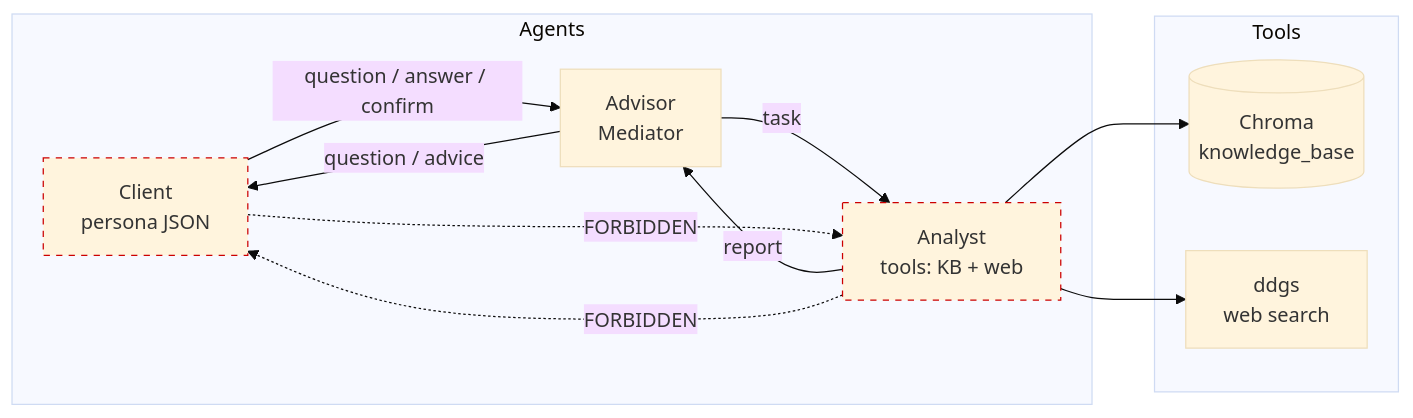
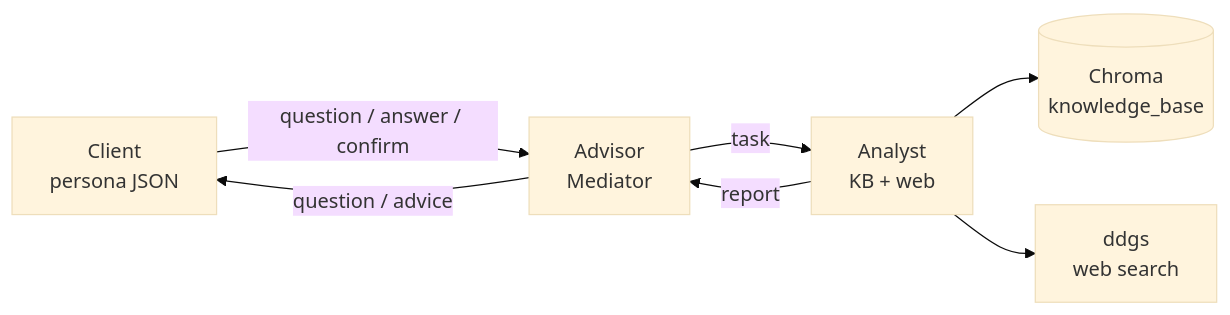
Before and after one commit to ljding94/jpm-advisor-agent: the first of 2 diagrams in README.md, drawn with Mermaid (base theme). The commit also changed other lines of this file, not shown here.

First line of the commit message:
Clean up README mermaid diagrams

````diff
--- a/README.md
+++ b/README.md
@@ -12,24 +12,15 @@
 ```mermaid
 flowchart LR
-    subgraph Agents
-        C[Client<br/>persona JSON]
-        AD[Advisor<br/>Mediator]
-        AN[Analyst<br/>tools: KB + web]
-    end
-
-    subgraph Tools
-        KB[(Chroma<br/>knowledge_base)]
-        W[ddgs<br/>web search]
-    end
+    C[Client<br/>persona JSON]
+    AD[Advisor<br/>Mediator]
+    AN[Analyst<br/>KB + web]
+    KB[(Chroma<br/>knowledge_base)]
+    W[ddgs<br/>web search]
 
     C -- question / answer / confirm --> AD
     AD -- question / advice --> C
     AD -- task --> AN
     AN -- report --> AD
     AN --> KB
     AN --> W
-
-    classDef forbidden stroke:#c00,stroke-dasharray:5 5;
-    C -.->|FORBIDDEN| AN:::forbidden
-    AN -.->|FORBIDDEN| C:::forbidden
 ```
````
